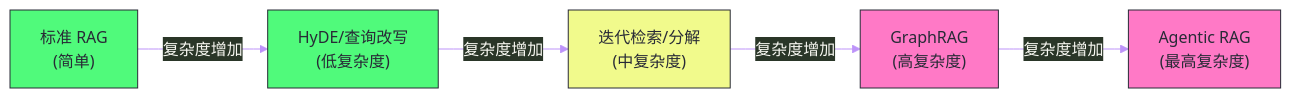
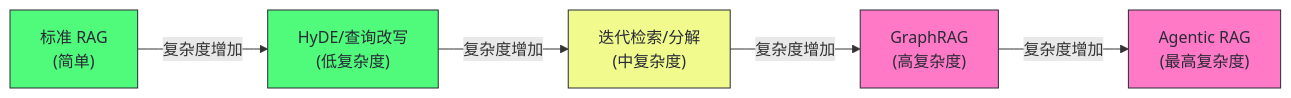
Before and after one commit to hpliStartAgain/my-brain: the third of 3 diagrams in content/LLM/Agent技术/应用开发/10 高级 RAG——查询改写、图谱检索与多跳推理.md, drawn with Mermaid. The commit also changed other lines of this file and 8 other files, not shown here.

````diff
--- a/content/LLM/Agent技术/应用开发/10 高级 RAG——查询改写、图谱检索与多跳推理.md
+++ b/content/LLM/Agent技术/应用开发/10 高级 RAG——查询改写、图谱检索与多跳推理.md
@@ -430,15 +526,15 @@
 ```mermaid
-%%{init: {'theme': 'base', 'themeVariables': {'primaryColor': '#282a36', 'primaryTextColor': '#f8f8f2', 'primaryBorderColor': '#6272a4', 'lineColor': '#bd93f9'}}}%%
+%%{init: {'theme': 'dracula', 'themeVariables': {'primaryColor': '#282a36', 'primaryTextColor': '#f8f8f2', 'primaryBorderColor': '#6272a4', 'lineColor': '#bd93f9'}}%%
 graph LR
     SIMPLE["标准 RAG</br>(简单)"] -->|"复杂度增加"| HyDE["HyDE/查询改写</br>(低复杂度)"]
     HyDE -->|"复杂度增加"| ITER["迭代检索/分解</br>(中复杂度)"]
     ITER -->|"复杂度增加"| GRAPH["GraphRAG</br>(高复杂度)"]
     GRAPH -->|"复杂度增加"| AGENT["Agentic RAG</br>(最高复杂度)"]
 
     classDef low fill:#50fa7b,stroke:#282a36,color:#282a36
     classDef med fill:#f1fa8c,stroke:#282a36,color:#282a36
     classDef high fill:#ff79c6,stroke:#282a36,color:#282a36
     class SIMPLE,HyDE low
     class ITER med
     class GRAPH,AGENT high
 ```
````
